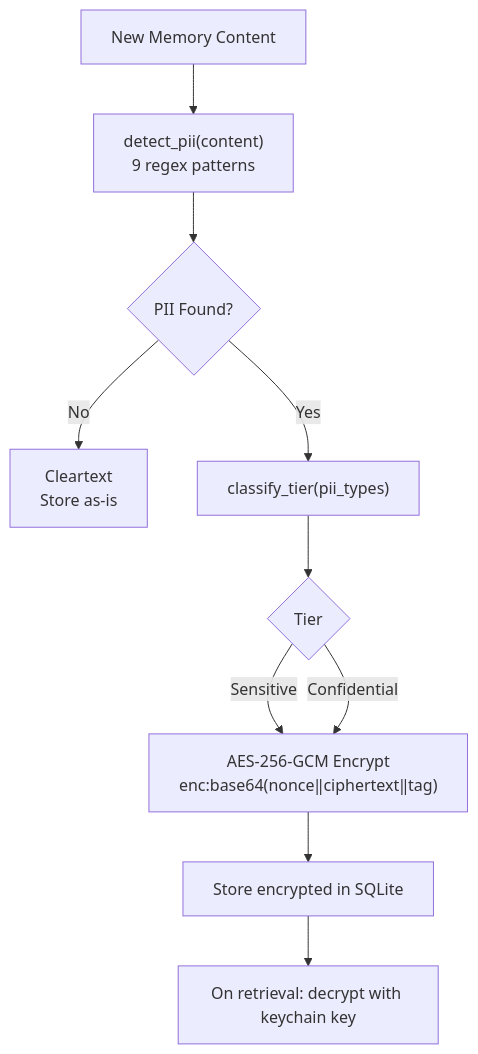
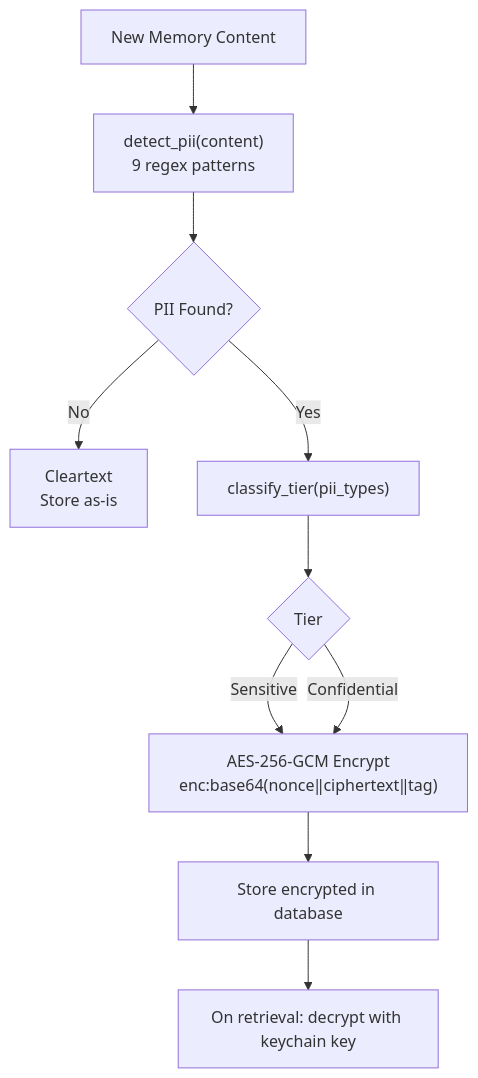
One commit to OpenPawz/openpawz changed the fourth of 5 diagrams in ENGRAM.md. Above: the diagram before and after it, drawn with Mermaid. The commit also changed other lines of this file and 3 other files, not shown here.

First line of the commit message:
fix(mcp): include auth headers on SSE transport POSTs; inject vault credentials in flow executor

````diff
--- a/ENGRAM.md
+++ b/ENGRAM.md
@@ -577,12 +577,12 @@
 ```mermaid
 flowchart TD
     A["New Memory Content"] --> B["detect_pii(content)\n9 regex patterns"]
     B --> C{"PII Found?"}
     C -- No --> D["Cleartext\nStore as-is"]
     C -- Yes --> E["classify_tier(pii_types)"]
     E --> F{"Tier"}
     F -- Sensitive --> G["AES-256-GCM Encrypt\nenc:base64(nonce‖ciphertext‖tag)"]
     F -- Confidential --> G
-    G --> H["Store encrypted in SQLite"]
+    G --> H["Store encrypted in database"]
     H --> I["On retrieval: decrypt with keychain key"]
 ```
````
